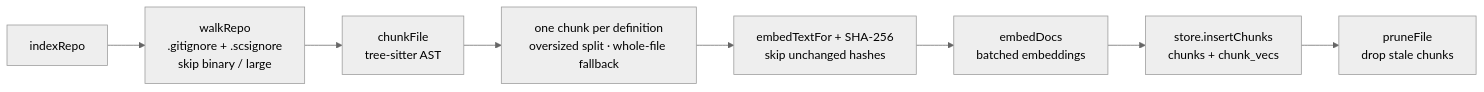
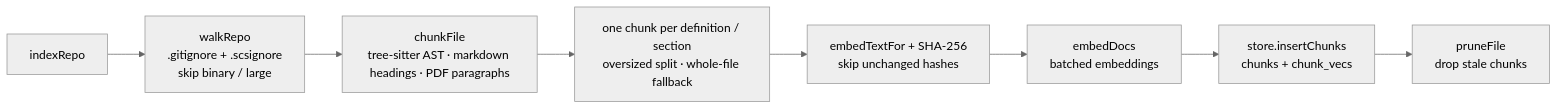
One commit to benjamingehl/semantic-code-search changed the first of 2 diagrams in README.md. Above: the diagram before and after it, drawn with Mermaid (neutral theme). The commit also changed other lines of this file and 12 other files, not shown here.

Commit message:
feat: add basic markdown/pdf indexing support

````diff
--- a/README.md
+++ b/README.md
@@ -138,10 +142,10 @@
 ```mermaid
 flowchart LR
   A[indexRepo] --> B[walkRepo<br/>.gitignore + .scsignore<br/>skip binary / large]
-  B --> C[chunkFile<br/>tree-sitter AST]
-  C --> D[one chunk per definition<br/>oversized split · whole-file fallback]
+  B --> C[chunkFile<br/>tree-sitter AST · markdown headings · PDF paragraphs]
+  C --> D[one chunk per definition / section<br/>oversized split · whole-file fallback]
   D --> E[embedTextFor + SHA-256<br/>skip unchanged hashes]
   E --> F[embedDocs<br/>batched embeddings]
   F --> G[store.insertChunks<br/>chunks + chunk_vecs]
   G --> H[pruneFile<br/>drop stale chunks]
 ```
````
